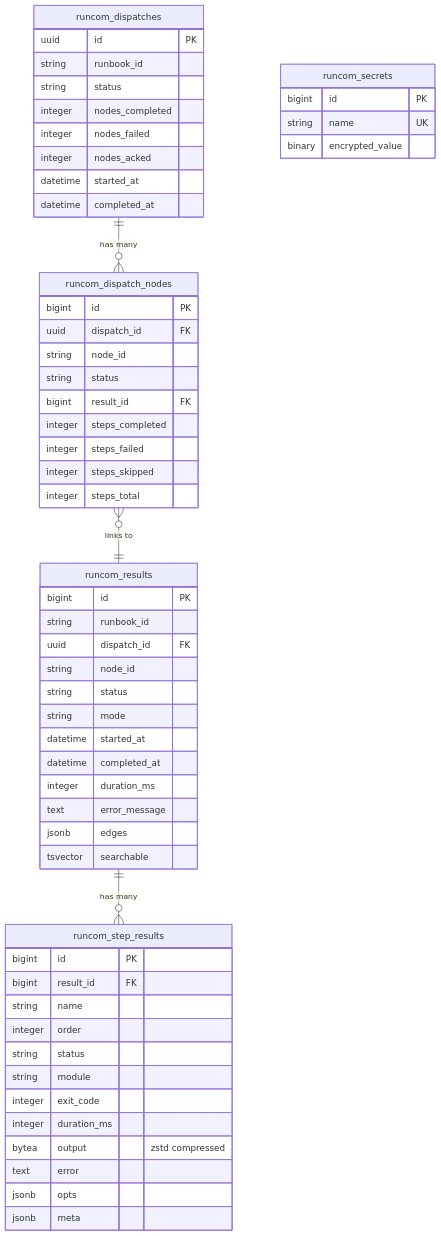
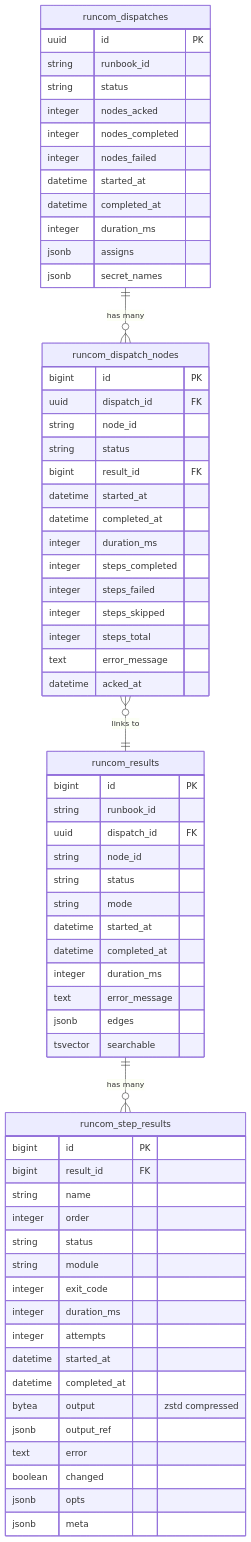
The diagram in runcom_ecto/README.md (tv-labs/runcom), drawn with Mermaid before and after one commit. The commit also changed other lines of this file and 119 other files, not shown here.

````diff
--- a/runcom_ecto/README.md
+++ b/runcom_ecto/README.md
@@ -8,65 +8,73 @@
 ```mermaid
 erDiagram
     runcom_results ||--o{ runcom_step_results : "has many"
     runcom_dispatches ||--o{ runcom_dispatch_nodes : "has many"
     runcom_dispatch_nodes }o--|| runcom_results : "links to"
 
     runcom_results {
         bigint id PK
         string runbook_id
         uuid dispatch_id FK
         string node_id
         string status
         string mode
         datetime started_at
         datetime completed_at
         integer duration_ms
         text error_message
         jsonb edges
         tsvector searchable
     }
 
     runcom_step_results {
         bigint id PK
         bigint result_id FK
         string name
         integer order
         string status
         string module
         integer exit_code
         integer duration_ms
+        integer attempts
+        datetime started_at
+        datetime completed_at
         bytea output "zstd compressed"
+        jsonb output_ref
         text error
+        boolean changed
         jsonb opts
         jsonb meta
     }
 
     runcom_dispatches {
         uuid id PK
         string runbook_id
         string status
+        integer nodes_acked
         integer nodes_completed
         integer nodes_failed
-        integer nodes_acked
         datetime started_at
         datetime completed_at
+        integer duration_ms
+        jsonb assigns
+        jsonb secret_names
     }
 
     runcom_dispatch_nodes {
         bigint id PK
         uuid dispatch_id FK
         string node_id
         string status
         bigint result_id FK
+        datetime started_at
+        datetime completed_at
+        integer duration_ms
         integer steps_completed
         integer steps_failed
         integer steps_skipped
         integer steps_total
+        text error_message
+        datetime acked_at
     }
 
-    runcom_secrets {
-        bigint id PK
-        string name UK
-        binary encrypted_value
-    }
 ```
````
